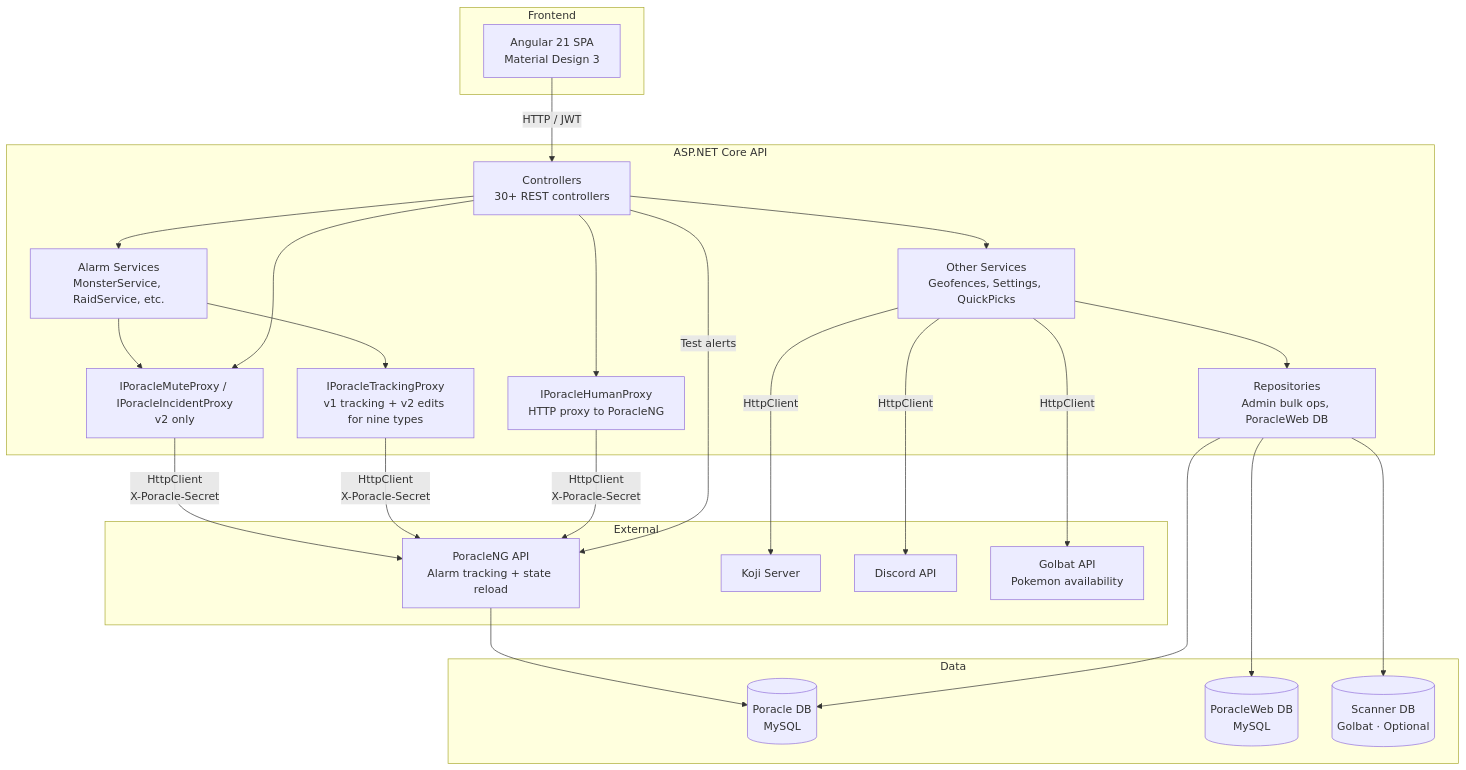
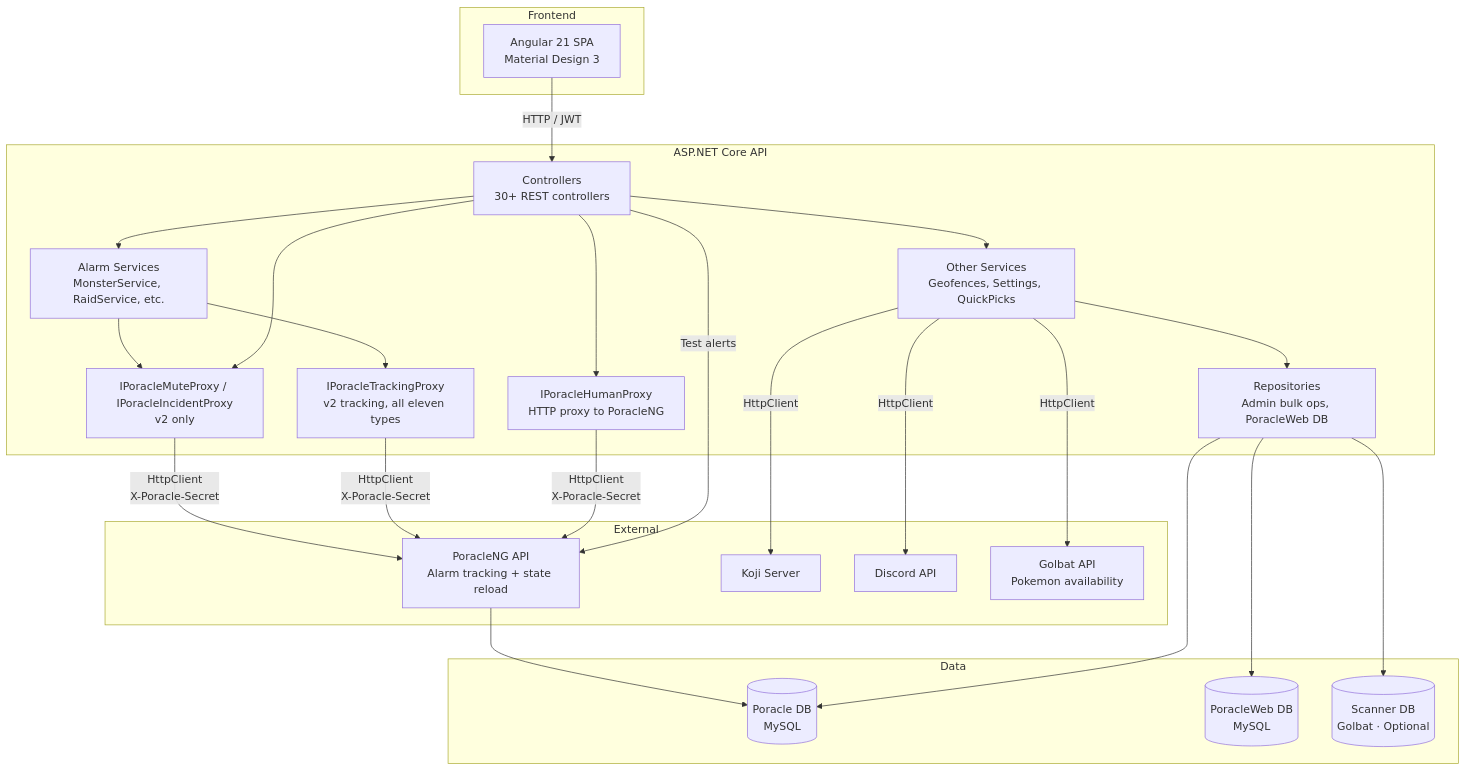
One commit to PGAN-Dev/PoracleWeb.NET changed the diagram in docs/architecture/overview.md. Above: the diagram before and after it, drawn with Mermaid. The commit also changed 8 other files, not shown here.

````diff
--- a/docs/architecture/overview.md
+++ b/docs/architecture/overview.md
@@ -35,49 +35,49 @@
 ```mermaid
 graph TB
     subgraph Frontend
         Angular[Angular 21 SPA<br/>Material Design 3]
     end
 
     subgraph Backend["ASP.NET Core API"]
         Controllers[Controllers<br/>30+ REST controllers]
         AlarmServices[Alarm Services<br/>MonsterService, RaidService, etc.]
-        TrackingProxy[IPoracleTrackingProxy<br/>v1 tracking + v2 edits for nine types]
+        TrackingProxy[IPoracleTrackingProxy<br/>v2 tracking, all eleven types]
         HumanProxy[IPoracleHumanProxy<br/>HTTP proxy to PoracleNG]
         V2Proxies["IPoracleMuteProxy / IPoracleIncidentProxy<br/>v2 only"]
         OtherServices[Other Services<br/>Geofences, Settings, QuickPicks]
         Repositories[Repositories<br/>Admin bulk ops, PoracleWeb DB]
     end
 
     subgraph Data
         PoracleDB[(Poracle DB<br/>MySQL)]
         WebDB[(PoracleWeb DB<br/>MySQL)]
         ScannerDB[(Scanner DB<br/>Golbat · Optional)]
     end
 
     subgraph External
         PoracleNG[PoracleNG API<br/>Alarm tracking + state reload]
         Koji[Koji Server]
         Discord[Discord API]
         Golbat[Golbat API<br/>Pokemon availability]
     end
 
     Angular -->|HTTP / JWT| Controllers
     Controllers --> AlarmServices
     Controllers --> OtherServices
     AlarmServices --> TrackingProxy
     AlarmServices --> V2Proxies
     Controllers --> V2Proxies
     Controllers --> HumanProxy
     V2Proxies -->|HttpClient<br/>X-Poracle-Secret| PoracleNG
     TrackingProxy -->|HttpClient<br/>X-Poracle-Secret| PoracleNG
     HumanProxy -->|HttpClient<br/>X-Poracle-Secret| PoracleNG
     PoracleNG --> PoracleDB
     OtherServices --> Repositories
     Repositories --> PoracleDB
     Repositories --> WebDB
     Repositories --> ScannerDB
     OtherServices -->|HttpClient| Koji
     OtherServices -->|HttpClient| Discord
     OtherServices -->|HttpClient| Golbat
     Controllers -->|Test alerts| PoracleNG
 ```
````
